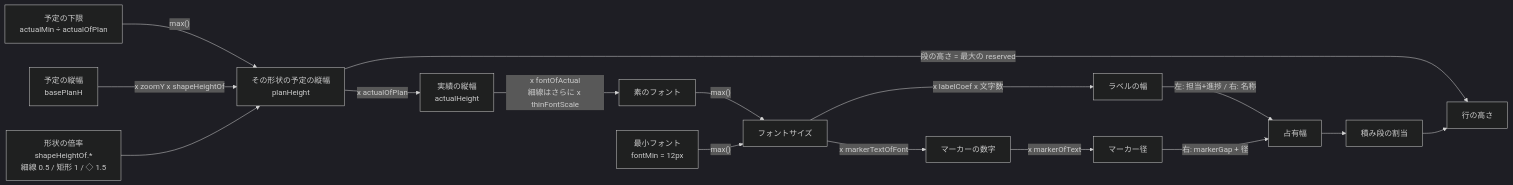
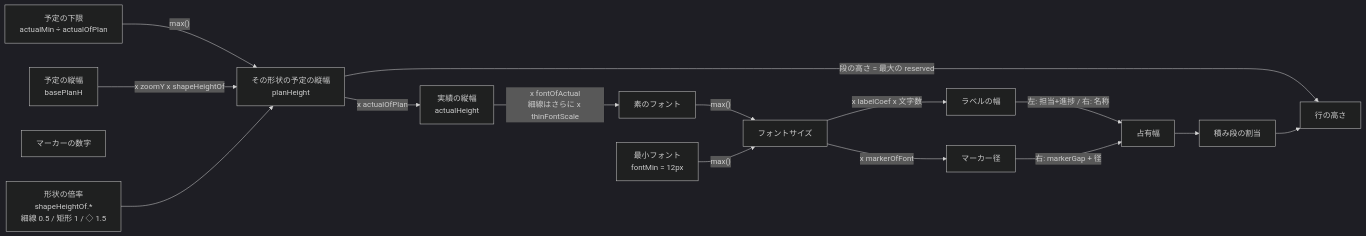
Before and after one commit to GoodRelax/gr-scheduler: the first of 3 diagrams in handover/03-ui-naming/handover-ui-detail-spec-ja.md, drawn with Mermaid (dark theme). The commit also changed other lines of this file and 7 other files, not shown here.

````diff
--- a/handover/03-ui-naming/handover-ui-detail-spec-ja.md
+++ b/handover/03-ui-naming/handover-ui-detail-spec-ja.md
@@ -576,33 +576,32 @@
 ```mermaid
 graph LR
     basePlanH["予定の縦幅<br/>basePlanH"]
     shapeHeightOf["形状の倍率<br/>shapeHeightOf.*<br/>細線 0.5 / 矩形 1 / ◇ 1.5"]
     planHeight["その形状の予定の縦幅<br/>planHeight"]
     actualHeight["実績の縦幅<br/>actualHeight"]
     fontRaw["素のフォント"]
     fontMin["最小フォント<br/>fontMin = 12px"]
     fontSize["フォントサイズ"]
     markText["マーカーの数字"]
     markerSize["マーカー径"]
     labelW["ラベルの幅"]
     occW["占有幅"]
     stackCount["積み段の割当"]
     rowH["行の高さ"]
 
     planFloor["予定の下限<br/>actualMin ÷ actualOfPlan"]
     planFloor -- "max()" --> planHeight
     basePlanH -- "x zoomY x shapeHeightOf" --> planHeight
     shapeHeightOf --> planHeight
     planHeight -- "x actualOfPlan" --> actualHeight
     actualHeight -- "x fontOfActual<br/>細線はさらに x thinFontScale" --> fontRaw
     fontRaw -- "max()" --> fontSize
     fontMin -- "max()" --> fontSize
-    fontSize -- "x markerTextOfFont" --> markText
-    markText -- "x markerOfText" --> markerSize
+    fontSize -- "x markerOfFont" --> markerSize
     fontSize -- "x labelCoef x 文字数" --> labelW
     labelW -- "左: 担当+進捗 / 右: 名称" --> occW
     markerSize -- "右: markerGap + 径" --> occW
     occW --> stackCount
     planHeight -- "段の高さ = 最大の reserved" --> rowH
     stackCount --> rowH
 ```
````
